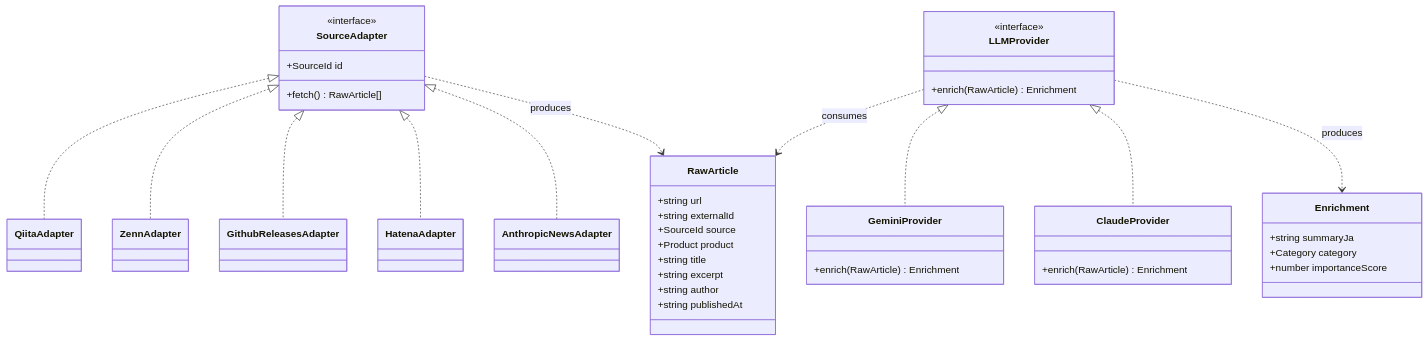
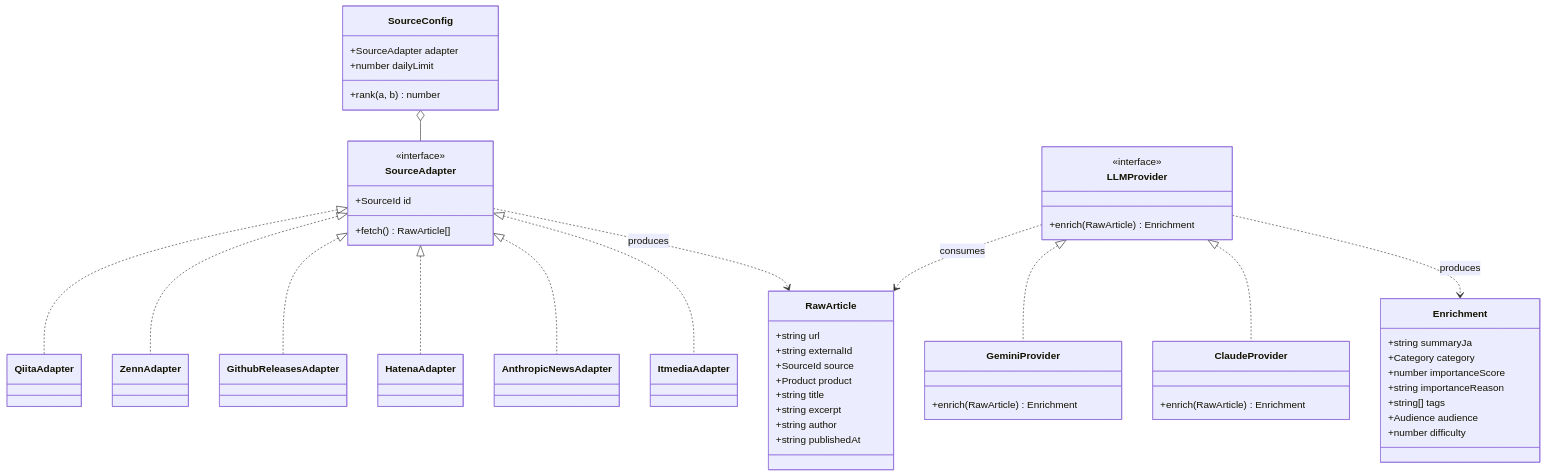
Before and after one commit to A-sato0422/ai-catch-up: the third of 3 diagrams in SPEC.md, drawn with Mermaid. The commit also changed other lines of this file and 5 other files, not shown here.

````diff
--- a/SPEC.md
+++ b/SPEC.md
@@ -295,54 +411,67 @@
 ```mermaid
 classDiagram
     class RawArticle {
         +string url
         +string externalId
         +SourceId source
         +Product product
         +string title
         +string excerpt
         +string author
         +string publishedAt
     }
 
     class Enrichment {
         +string summaryJa
         +Category category
         +number importanceScore
+        +string importanceReason
+        +string[] tags
+        +Audience audience
+        +number difficulty
+    }
+
+    class SourceConfig {
+        +SourceAdapter adapter
+        +number dailyLimit
+        +rank(a, b) number
     }
 
     class SourceAdapter {
         <<interface>>
         +SourceId id
         +fetch() RawArticle[]
     }
 
     class LLMProvider {
         <<interface>>
         +enrich(RawArticle) Enrichment
     }
 
     class GeminiProvider {
         +enrich(RawArticle) Enrichment
     }
     class ClaudeProvider {
         +enrich(RawArticle) Enrichment
     }
 
     class QiitaAdapter
     class ZennAdapter
     class GithubReleasesAdapter
     class HatenaAdapter
     class AnthropicNewsAdapter
+    class ItmediaAdapter
 
+    SourceConfig o-- SourceAdapter
     SourceAdapter <|.. QiitaAdapter
     SourceAdapter <|.. ZennAdapter
     SourceAdapter <|.. GithubReleasesAdapter
     SourceAdapter <|.. HatenaAdapter
     SourceAdapter <|.. AnthropicNewsAdapter
+    SourceAdapter <|.. ItmediaAdapter
     LLMProvider <|.. GeminiProvider
     LLMProvider <|.. ClaudeProvider
     SourceAdapter ..> RawArticle : produces
     LLMProvider ..> RawArticle : consumes
     LLMProvider ..> Enrichment : produces
 ```
````
